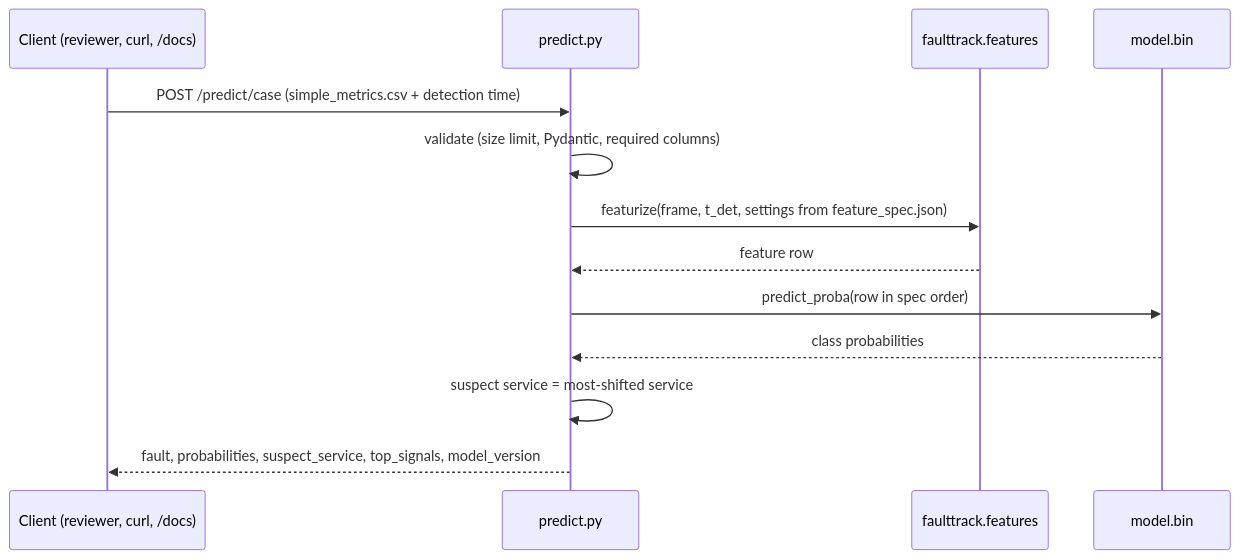
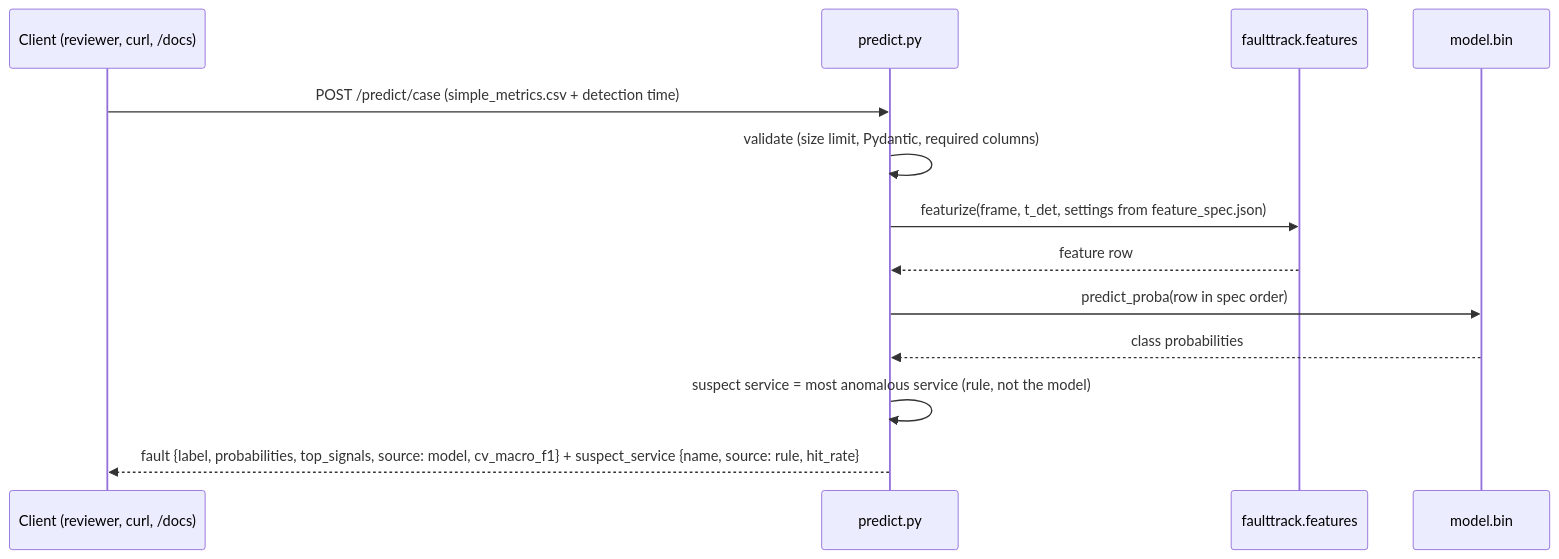
Before and after one commit to jennasrunbooks/faulttrack: the fourth of 5 diagrams in docs/architecture.md, drawn with Mermaid. The commit also changed other lines of this file and 6 other files, not shown here.

````diff
--- a/docs/architecture.md
+++ b/docs/architecture.md
@@ -118,15 +118,15 @@
 ```mermaid
 sequenceDiagram
     participant C as Client (reviewer, curl, /docs)
     participant A as predict.py
     participant F as faulttrack.features
     participant M as model.bin
     C->>A: POST /predict/case (simple_metrics.csv + detection time)
     A->>A: validate (size limit, Pydantic, required columns)
     A->>F: featurize(frame, t_det, settings from feature_spec.json)
     F-->>A: feature row
     A->>M: predict_proba(row in spec order)
     M-->>A: class probabilities
-    A->>A: suspect service = most-shifted service
-    A-->>C: fault, probabilities, suspect_service, top_signals, model_version
+    A->>A: suspect service = most anomalous service (rule, not the model)
+    A-->>C: fault {label, probabilities, top_signals, source: model, cv_macro_f1} + suspect_service {name, source: rule, hit_rate}
 ```
````
